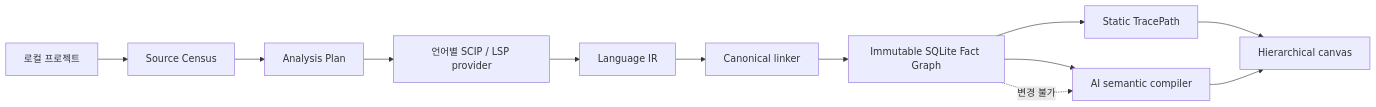
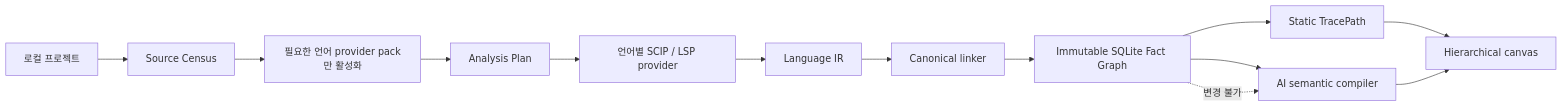
Before and after one commit to shinyeonjun/visual_map: the diagram in README.md, drawn with Mermaid. The commit also changed other lines of this file and 10 other files, not shown here.

````diff
--- a/README.md
+++ b/README.md
@@ -22,14 +22,15 @@
 ```mermaid
 flowchart LR
     A["로컬 프로젝트"] --> B["Source Census"]
-    B --> C["Analysis Plan"]
+    B --> B1["필요한 언어 provider pack만 활성화"]
+    B1 --> C["Analysis Plan"]
     C --> D["언어별 SCIP / LSP provider"]
     D --> E["Language IR"]
     E --> F["Canonical linker"]
     F --> G["Immutable SQLite Fact Graph"]
     G --> H["Static TracePath"]
     G --> I["AI semantic compiler"]
     H --> J["Hierarchical canvas"]
     I --> J
     G -. "변경 불가" .-> I
 ```
````
